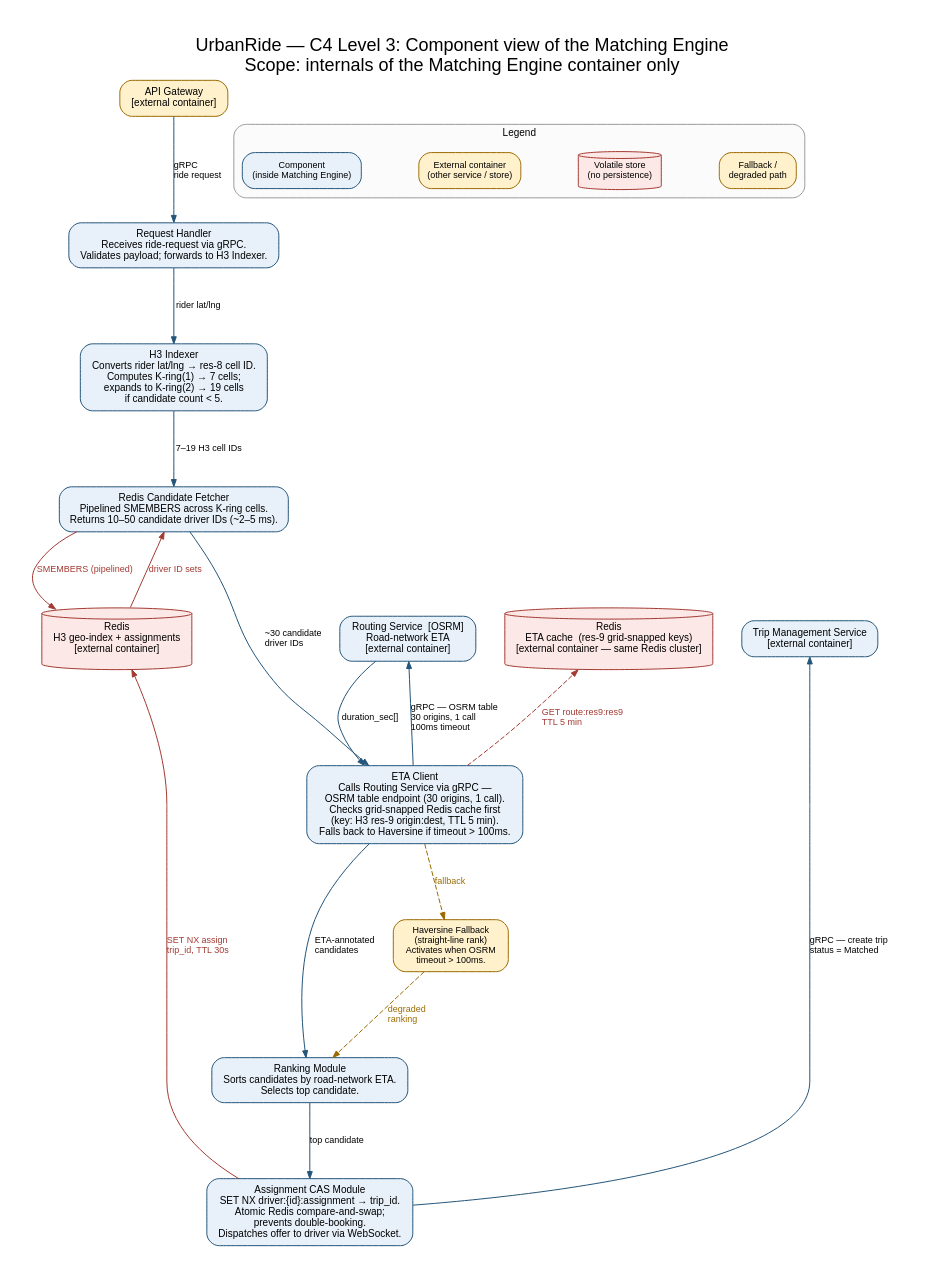
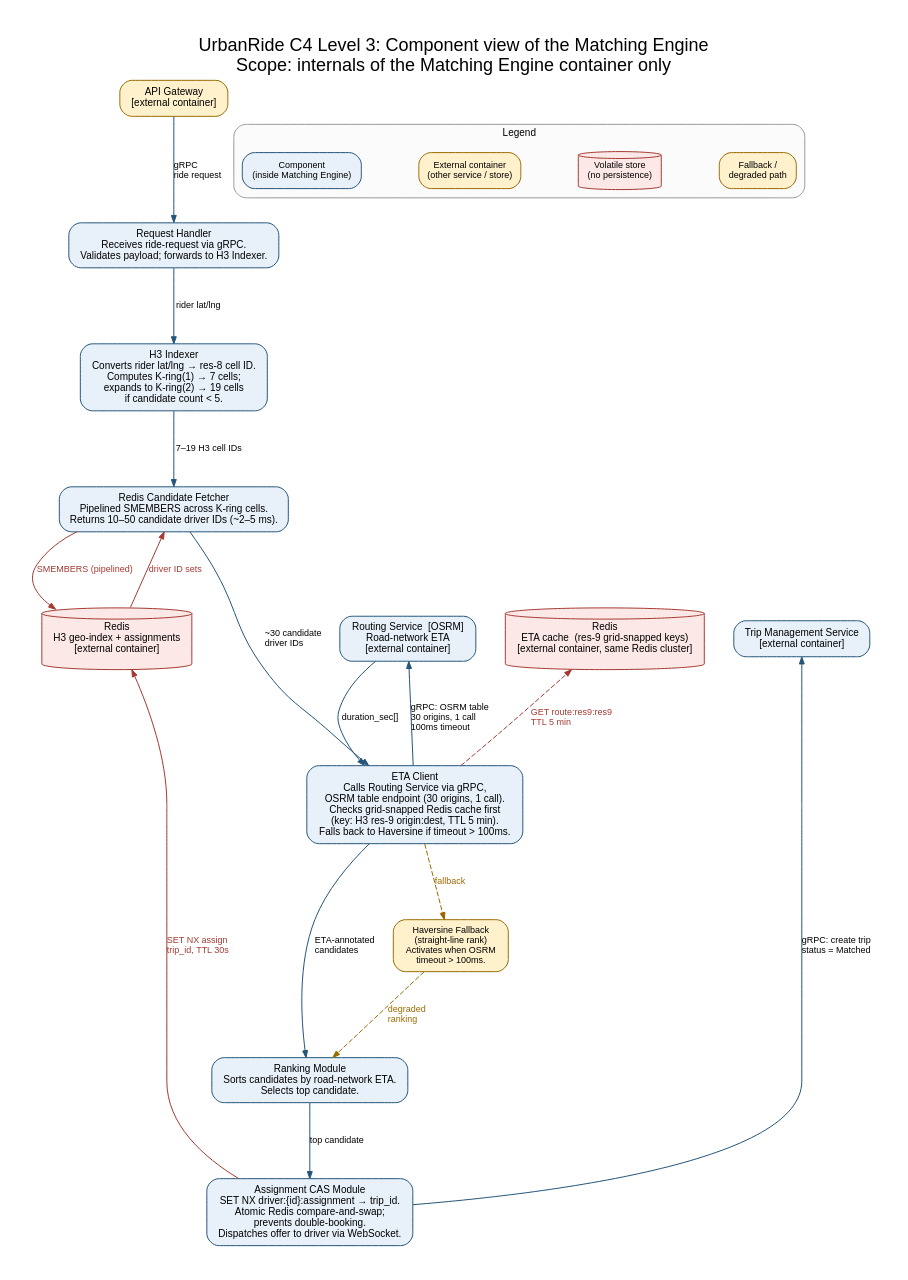
One commit to RashmikaMadaela/urbanride-architecture changed the diagram in diagrams/source/c4-03-component-matching.dot. Above: the diagram before and after it, drawn with Graphviz. The commit also changed 20 other files, not shown here.

```diff
--- a/diagrams/source/c4-03-component-matching.dot
+++ b/diagrams/source/c4-03-component-matching.dot
@@ -1,73 +1,73 @@
 digraph C4Component_Matching {
   graph [rankdir=TB, bgcolor="white", pad="0.35", nodesep="0.40", ranksep="0.90", labelloc="t",
-         label="UrbanRide — C4 Level 3: Component view of the Matching Engine\nScope: internals of the Matching Engine container only",
+         label="UrbanRide C4 Level 3: Component view of the Matching Engine\nScope: internals of the Matching Engine container only",
          fontname="Arial", fontsize=18, splines=true];
   node [shape=box, style="rounded,filled", fillcolor="#E8F1FA", color="#24557A", fontname="Arial", fontsize=10, margin="0.16,0.09"];
   edge [color="#24557A", fontname="Arial", fontsize=9, arrowsize=0.7];
 
   // ---------- External callers (outside the Matching Engine) ----------
   gateway  [label="API Gateway\n[external container]", fillcolor="#FFF1CC", color="#9A6A00"];
   redis    [label="Redis\nH3 geo-index + assignments\n[external container]", shape=cylinder, fillcolor="#FCE8E6", color="#A33A32"];
   routing  [label="Routing Service  [OSRM]\nRoad-network ETA\n[external container]", fillcolor="#E8F1FA", color="#24557A"];
   trip     [label="Trip Management Service\n[external container]", fillcolor="#E8F1FA", color="#24557A"];
 
   // ---------- Matching Engine boundary ----------
   subgraph cluster_matching {
     graph [label="Matching Engine  [Go service]", fontname="Arial", fontsize=13,
            color="#24557A", style="rounded", bgcolor="#F0F5FC", margin=16];
 
     rh  [label="Request Handler\nReceives ride-request via gRPC.\nValidates payload; forwards to H3 Indexer.", fontsize=10];
     h3  [label="H3 Indexer\nConverts rider lat/lng → res-8 cell ID.\nComputes K-ring(1) → 7 cells;\nexpands to K-ring(2) → 19 cells\nif candidate count < 5.", fontsize=10];
     rc  [label="Redis Candidate Fetcher\nPipelined SMEMBERS across K-ring cells.\nReturns 10–50 candidate driver IDs (~2–5 ms).", fontsize=10];
-    ec  [label="ETA Client\nCalls Routing Service via gRPC —\nOSRM table endpoint (30 origins, 1 call).\nChecks grid-snapped Redis cache first\n(key: H3 res-9 origin:dest, TTL 5 min).\nFalls back to Haversine if timeout > 100ms.", fontsize=10];
+    ec  [label="ETA Client\nCalls Routing Service via gRPC,\nOSRM table endpoint (30 origins, 1 call).\nChecks grid-snapped Redis cache first\n(key: H3 res-9 origin:dest, TTL 5 min).\nFalls back to Haversine if timeout > 100ms.", fontsize=10];
     rm  [label="Ranking Module\nSorts candidates by road-network ETA.\nSelects top candidate.", fontsize=10];
     ca  [label="Assignment CAS Module\nSET NX driver:{id}:assignment → trip_id.\nAtomic Redis compare-and-swap;\nprevents double-booking.\nDispatches offer to driver via WebSocket.", fontsize=10];
   }
 
   // ---------- Redis ETA cache (inside ETA Client's use) ----------
-  etacache [label="Redis\nETA cache  (res-9 grid-snapped keys)\n[external container — same Redis cluster]",
+  etacache [label="Redis\nETA cache  (res-9 grid-snapped keys)\n[external container, same Redis cluster]",
             shape=cylinder, fillcolor="#FCE8E6", color="#A33A32"];
 
   // ---------- Rank layers ----------
   { rank=source; gateway; }
   { rank=same; rh; }
   { rank=same; h3; }
   { rank=same; rc; }
   { rank=same; ec; }
   { rank=same; rm; }
   { rank=same; ca; }
   { rank=same; redis; etacache; routing; trip; }
 
   // ---------- Happy path ----------
   gateway -> rh  [label=" gRPC\l ride request\l"];
   rh      -> h3  [label=" rider lat/lng"];
   h3      -> rc  [label=" 7–19 H3 cell IDs"];
   rc      -> redis [label=" SMEMBERS (pipelined)\l", color="#A33A32", fontcolor="#A33A32"];
   redis   -> rc  [label=" driver ID sets\l", color="#A33A32", fontcolor="#A33A32"];
   rc      -> ec  [label=" ~30 candidate\l driver IDs\l"];
   ec      -> etacache [label=" GET route:res9:res9\l TTL 5 min\l", color="#A33A32", fontcolor="#A33A32", style=dashed];
-  ec      -> routing  [label=" gRPC — OSRM table\l 30 origins, 1 call\l 100ms timeout\l"];
+  ec      -> routing  [label=" gRPC: OSRM table\l 30 origins, 1 call\l 100ms timeout\l"];
   routing -> ec  [label=" duration_sec[]\l", color="#24557A"];
   ec      -> rm  [label=" ETA-annotated\l candidates\l"];
   rm      -> ca  [label=" top candidate\l"];
   ca      -> redis [label=" SET NX assign\l trip_id, TTL 30s\l", color="#A33A32", fontcolor="#A33A32"];
-  ca      -> trip  [label=" gRPC — create trip\l status = Matched\l"];
+  ca      -> trip  [label=" gRPC: create trip\l status = Matched\l"];
 
   // ---------- Fallback path ----------
   ec_fb [label="Haversine Fallback\n(straight-line rank)\nActivates when OSRM\ntimeout > 100ms.",
          fillcolor="#FFF1CC", color="#9A6A00", fontsize=9];
   ec -> ec_fb [label=" fallback\l", style=dashed, color="#9A6A00", fontcolor="#9A6A00"];
   ec_fb -> rm [label=" degraded\l ranking\l", style=dashed, color="#9A6A00", fontcolor="#9A6A00"];
 
   // ---------- Legend ----------
   subgraph cluster_legend {
     graph [label="Legend", fontname="Arial", fontsize=10, color="#9A9A9A", style="rounded", bgcolor="#FBFBFB", margin=8];
     node [fontsize=9, margin="0.11,0.05"];
     lg_comp [label="Component\n(inside Matching Engine)"];
     lg_cont [label="External container\n(other service / store)", fillcolor="#FFF1CC", color="#9A6A00"];
     lg_vol  [label="Volatile store\n(no persistence)", fillcolor="#FCE8E6", color="#A33A32", shape=cylinder];
     lg_fb   [label="Fallback /\ndegraded path", fillcolor="#FFF1CC", color="#9A6A00"];
     lg_comp -> lg_cont -> lg_vol -> lg_fb [style=invis];
     { rank=same; lg_comp; lg_cont; lg_vol; lg_fb; }
   }
 }
```
